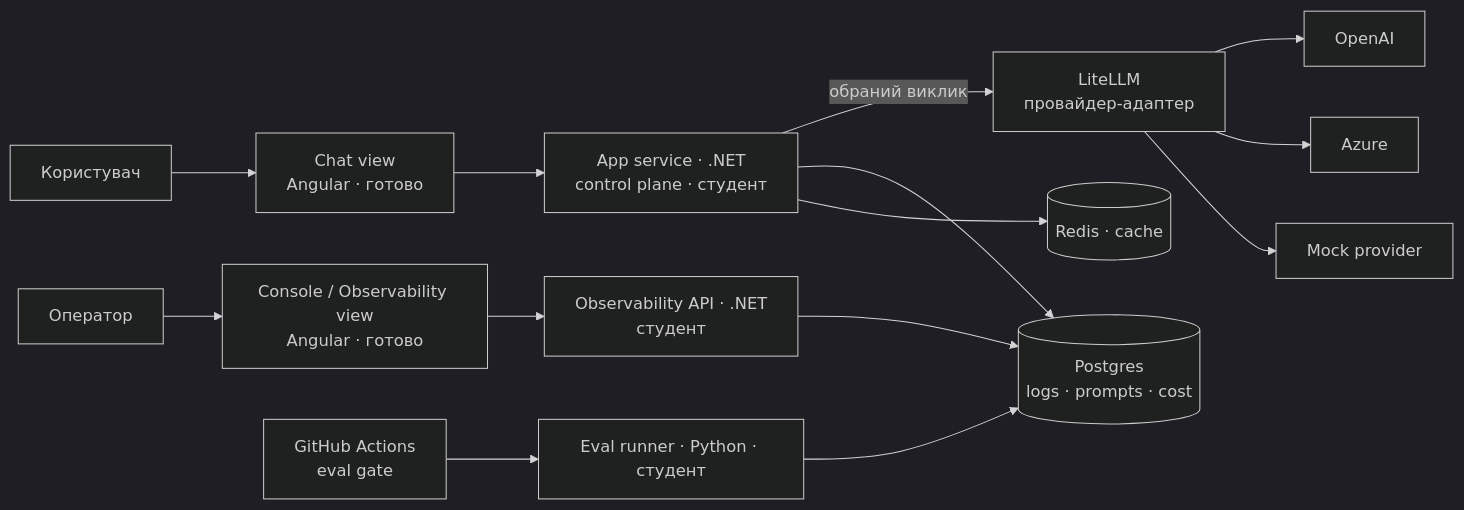
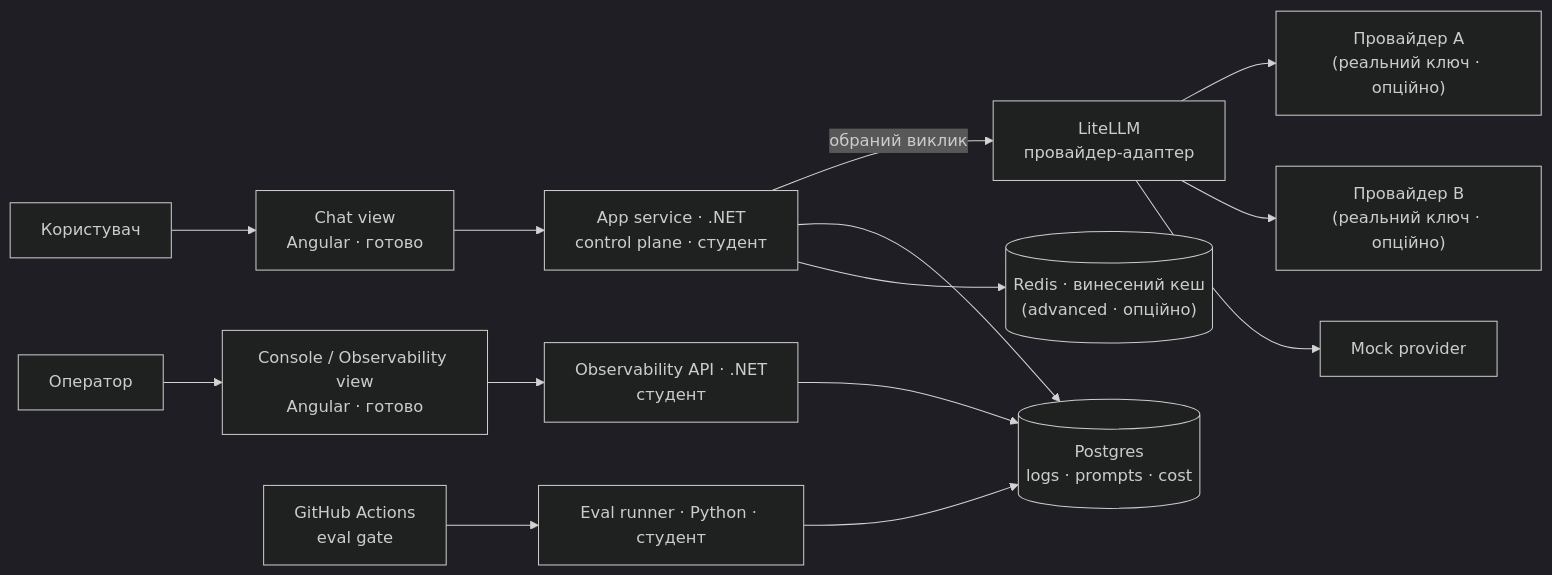
The diagram in docs/architecture.md (TarasFedorenkoFTV/llmops-bootcamp), drawn with Mermaid (dark theme) before and after one commit. The commit also changed other lines of this file and 8 other files, not shown here.

````diff
--- a/docs/architecture.md
+++ b/docs/architecture.md
@@ -10,16 +10,16 @@
 ```mermaid
 flowchart LR
   U[Користувач] --> CHAT[Chat view<br/>Angular · готово]
   OP[Оператор] --> CON[Console / Observability view<br/>Angular · готово]
   CHAT --> SVC[App service · .NET<br/>control plane · студент]
   CON --> OAPI[Observability API · .NET<br/>студент]
   SVC -->|обраний виклик| GW[LiteLLM<br/>провайдер-адаптер]
-  GW --> P1[OpenAI]
-  GW --> P2[Azure]
+  GW --> P1["Провайдер A<br/>(реальний ключ · опційно)"]
+  GW --> P2["Провайдер B<br/>(реальний ключ · опційно)"]
   GW --> MOCK[Mock provider]
   SVC --> PG[(Postgres<br/>logs · prompts · cost)]
   OAPI --> PG
-  SVC --> RED[(Redis · cache)]
+  SVC --> RED[("Redis · винесений кеш<br/>(advanced · опційно)")]
   EV[Eval runner · Python · студент] --> PG
   CI[GitHub Actions<br/>eval gate] --> EV
 ```
````
